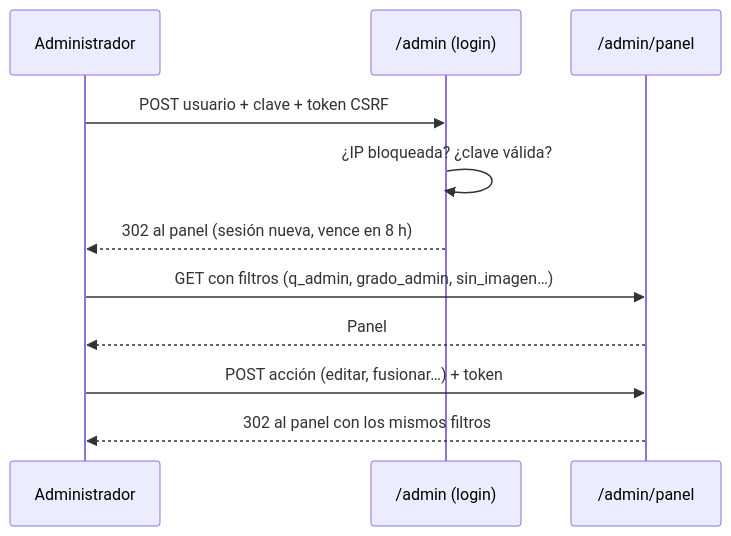
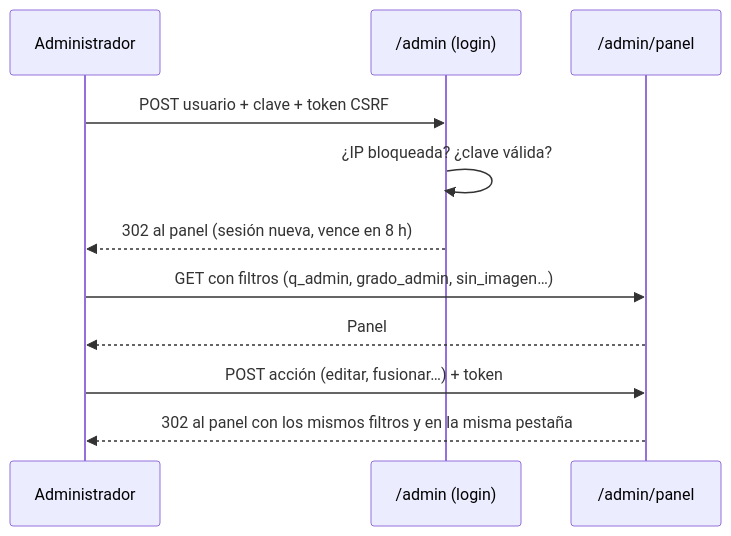
One commit to Jose94D/GunplaScrapper-Chile changed the third of 4 diagrams in docs/MANUAL-DESARROLLADOR.md. Above: the diagram before and after it, drawn with Mermaid. The commit also changed other lines of this file and 13 other files, not shown here.

Commit message:
README y manual al día con el panel por pestañas; capturas nuevas del panel y sin el diagrama ER

````diff
--- a/docs/MANUAL-DESARROLLADOR.md
+++ b/docs/MANUAL-DESARROLLADOR.md
@@ -308,13 +308,13 @@
 ```mermaid
 sequenceDiagram
     participant U as Administrador
     participant L as /admin (login)
     participant P as /admin/panel
     U->>L: POST usuario + clave + token CSRF
     L->>L: ¿IP bloqueada? ¿clave válida?
     L-->>U: 302 al panel (sesión nueva, vence en 8 h)
     U->>P: GET con filtros (q_admin, grado_admin, sin_imagen…)
     P-->>U: Panel
     U->>P: POST acción (editar, fusionar…) + token
-    P-->>U: 302 al panel con los mismos filtros
+    P-->>U: 302 al panel con los mismos filtros y en la misma pestaña
 ```
````
